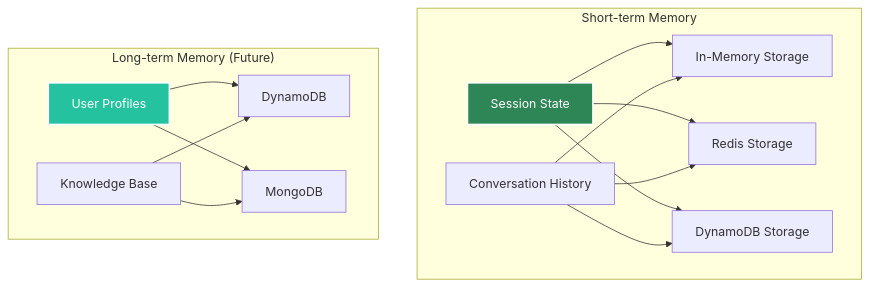
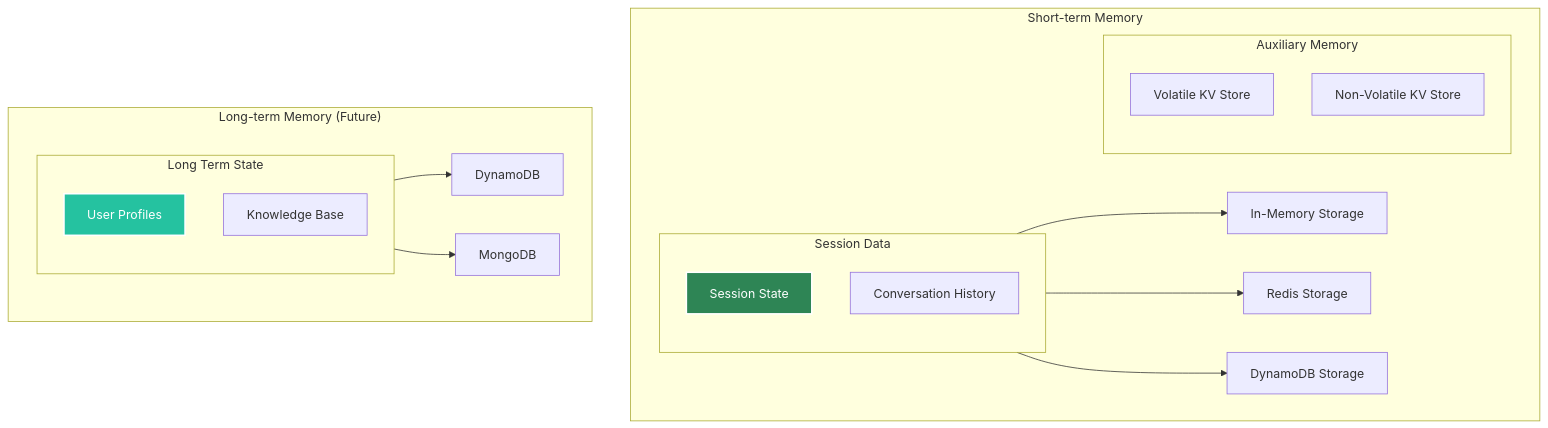
One commit to yaalalabs/agent-kernel changed the diagram in docs/docs/architecture/memory-management.md. Above: the diagram before and after it, drawn with Mermaid. The commit also changed other lines of this file and 7 other files, not shown here.

````diff
--- a/docs/docs/architecture/memory-management.md
+++ b/docs/docs/architecture/memory-management.md
@@ -11,32 +11,36 @@
 ```mermaid
 graph TB
     subgraph "Short-term Memory"
-        A[Session State]
-        B[Conversation History]
+        subgraph SD["Session Data"]
+            A[Session State]
+            B[Conversation History]
+        end
         C[In-Memory Storage]
         D[Redis Storage]
         I[DynamoDB Storage]
+
+        subgraph "Auxiliary Memory"
+        J[Volatile KV Store]
+        K[Non-Volatile KV Store]
+        end
     end
     
     subgraph "Long-term Memory (Future)"
-        E[User Profiles]
-        F[Knowledge Base]
+        subgraph LS["Long Term State"]
+            E[User Profiles]
+            F[Knowledge Base]
+        end
         G[DynamoDB]
         H[MongoDB]
     end
-    
-    A --> C
-    A --> D
-    A --> I
-    B --> C
-    B --> D
-    B --> I
-    
-    E --> G
-    E --> H
-    F --> G
-    F --> H
+
+    SD --> C
+    SD --> D
+    SD --> I
+   
+    LS --> G
+    LS --> H
     
     style A fill:#2e8555,stroke:#fff,stroke-width:2px,color:#fff
     style E fill:#25c2a0,stroke:#fff,stroke-width:2px,color:#fff
 ```
````
